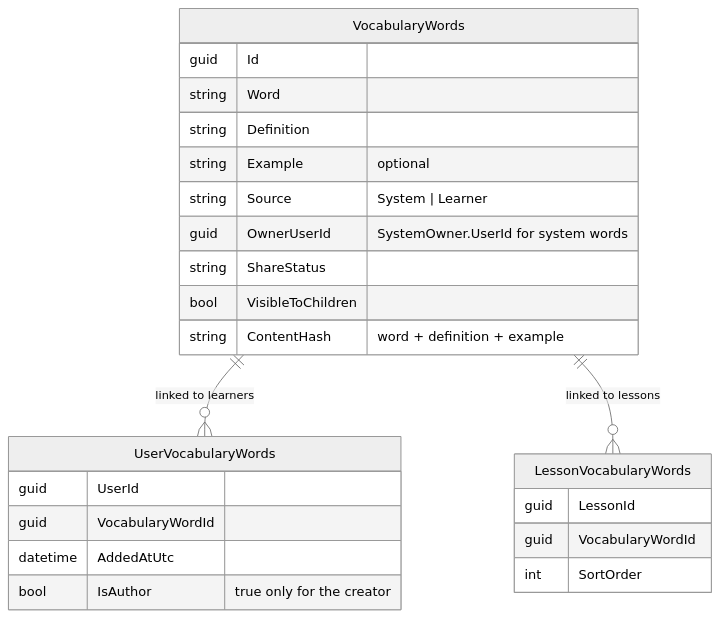
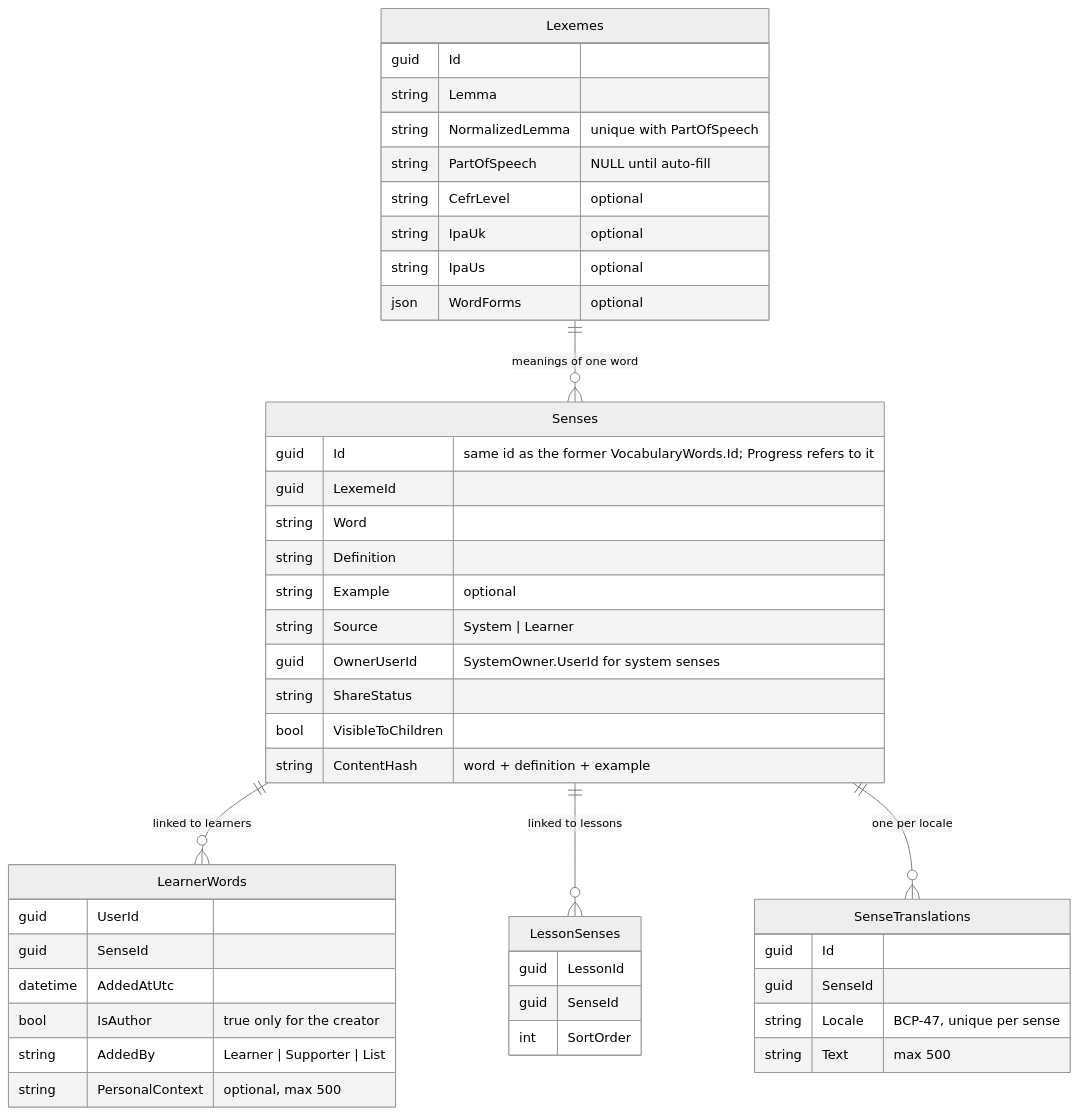
One commit to hunglu/WordBuddy changed the diagram in docs/features/vocabulary.md. Above: the diagram before and after it, drawn with Mermaid (neutral theme). The commit also changed other lines of this file and 2 other files, not shown here.

Commit message:
WB-16_vocabulary-lexeme-sense-model: tests, report, mark done

````diff
--- a/docs/features/vocabulary.md
+++ b/docs/features/vocabulary.md
@@ -15,27 +15,48 @@
 ```mermaid
 erDiagram
-    VocabularyWords ||--o{ UserVocabularyWords : "linked to learners"
-    VocabularyWords ||--o{ LessonVocabularyWords : "linked to lessons"
-    VocabularyWords {
+    Lexemes ||--o{ Senses : "meanings of one word"
+    Senses ||--o{ LearnerWords : "linked to learners"
+    Senses ||--o{ LessonSenses : "linked to lessons"
+    Senses ||--o{ SenseTranslations : "one per locale"
+    Lexemes {
         guid Id
+        string Lemma
+        string NormalizedLemma "unique with PartOfSpeech"
+        string PartOfSpeech "NULL until auto-fill"
+        string CefrLevel "optional"
+        string IpaUk "optional"
+        string IpaUs "optional"
+        json WordForms "optional"
+    }
+    Senses {
+        guid Id "same id as the former VocabularyWords.Id; Progress refers to it"
+        guid LexemeId
         string Word
         string Definition
         string Example "optional"
         string Source "System | Learner"
-        guid OwnerUserId "SystemOwner.UserId for system words"
+        guid OwnerUserId "SystemOwner.UserId for system senses"
         string ShareStatus
         bool VisibleToChildren
         string ContentHash "word + definition + example"
     }
-    UserVocabularyWords {
+    LearnerWords {
         guid UserId
-        guid VocabularyWordId
+        guid SenseId
         datetime AddedAtUtc
         bool IsAuthor "true only for the creator"
+        string AddedBy "Learner | Supporter | List"
+        string PersonalContext "optional, max 500"
     }
-    LessonVocabularyWords {
+    LessonSenses {
         guid LessonId
-        guid VocabularyWordId
+        guid SenseId
         int SortOrder
     }
+    SenseTranslations {
+        guid Id
+        guid SenseId
+        string Locale "BCP-47, unique per sense"
+        string Text "max 500"
+    }
 ```
````
